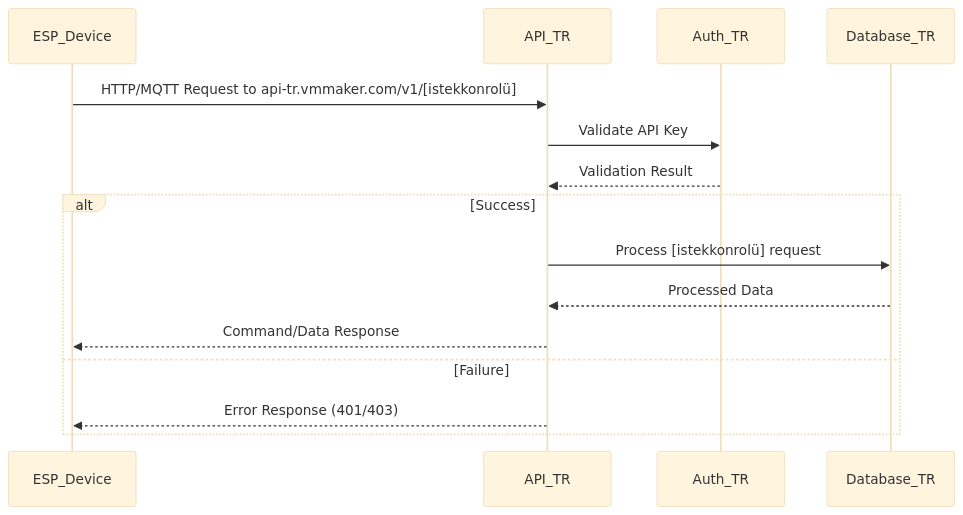
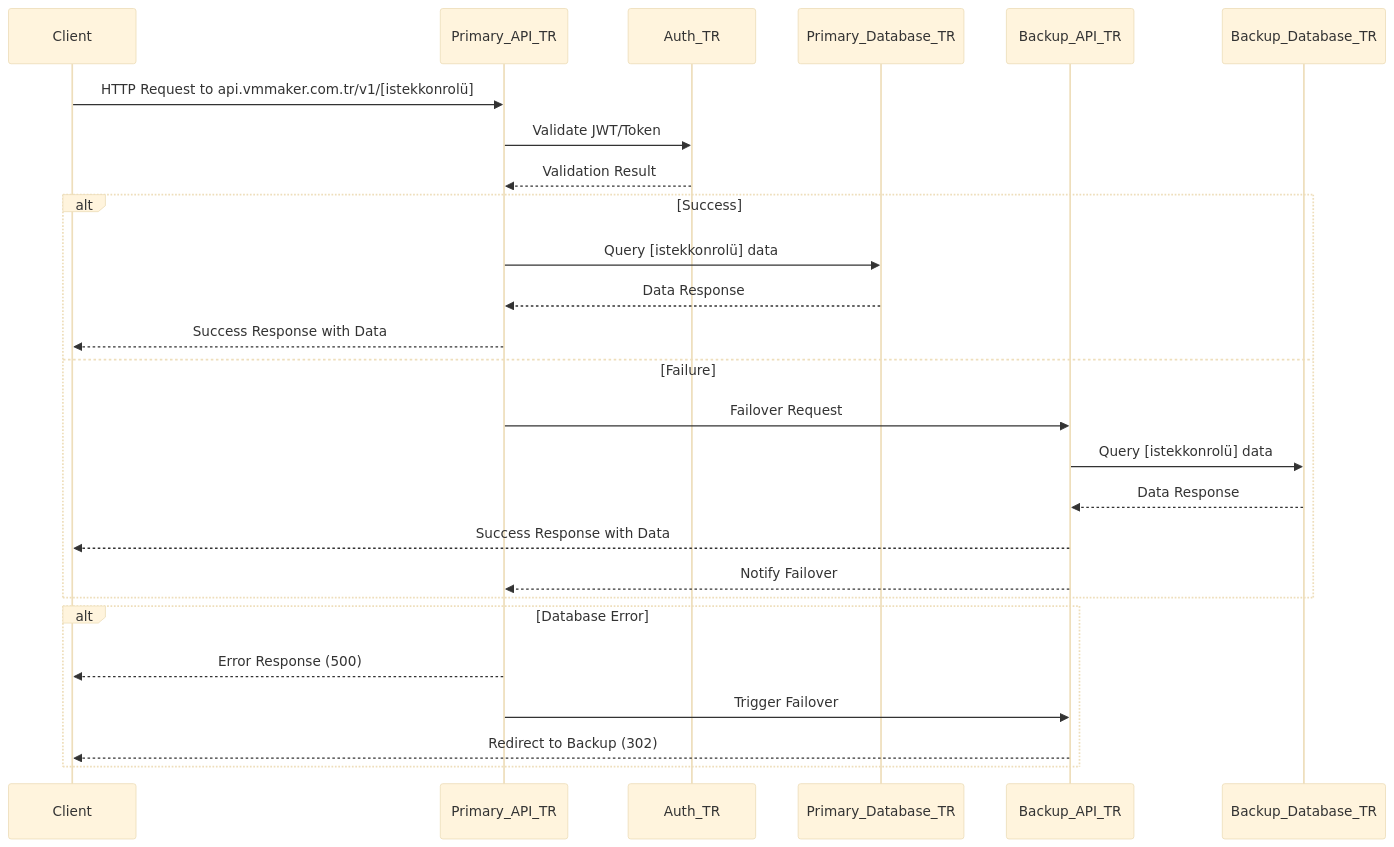
One commit to hamzadenizyilmaz/vmmaker changed the diagram in README.md. Above: the diagram before and after it, drawn with Mermaid (base theme).

Commit message:
README.md

````diff
--- a/README.md
+++ b/README.md
@@ -3,18 +3,29 @@
 ```mermaid
 sequenceDiagram
-    participant ESP_Device
-    participant API_TR
+    participant Client
+    participant Primary_API_TR
     participant Auth_TR
-    participant Database_TR
+    participant Primary_Database_TR
+    participant Backup_API_TR
+    participant Backup_Database_TR
 
-    ESP_Device->>API_TR: HTTP/MQTT Request to api-tr.vmmaker.com/v1/[istekkonrolü]
-    API_TR->>Auth_TR: Validate API Key
-    Auth_TR-->>API_TR: Validation Result
+    Client->>Primary_API_TR: HTTP Request to api.vmmaker.com.tr/v1/[istekkonrolü]
+    Primary_API_TR->>Auth_TR: Validate JWT/Token
+    Auth_TR-->>Primary_API_TR: Validation Result
     alt Success
-        API_TR->>Database_TR: Process [istekkonrolü] request
-        Database_TR-->>API_TR: Processed Data
-        API_TR-->>ESP_Device: Command/Data Response
+        Primary_API_TR->>Primary_Database_TR: Query [istekkonrolü] data
+        Primary_Database_TR-->>Primary_API_TR: Data Response
+        Primary_API_TR-->>Client: Success Response with Data
     else Failure
-        API_TR-->>ESP_Device: Error Response (401/403)
+        Primary_API_TR->>Backup_API_TR: Failover Request
+        Backup_API_TR->>Backup_Database_TR: Query [istekkonrolü] data
+        Backup_Database_TR-->>Backup_API_TR: Data Response
+        Backup_API_TR-->>Client: Success Response with Data
+        Backup_API_TR-->>Primary_API_TR: Notify Failover
+    end
+    alt Database Error
+        Primary_API_TR-->>Client: Error Response (500)
+        Primary_API_TR->>Backup_API_TR: Trigger Failover
+        Backup_API_TR-->>Client: Redirect to Backup (302)
     end
 ```
````
